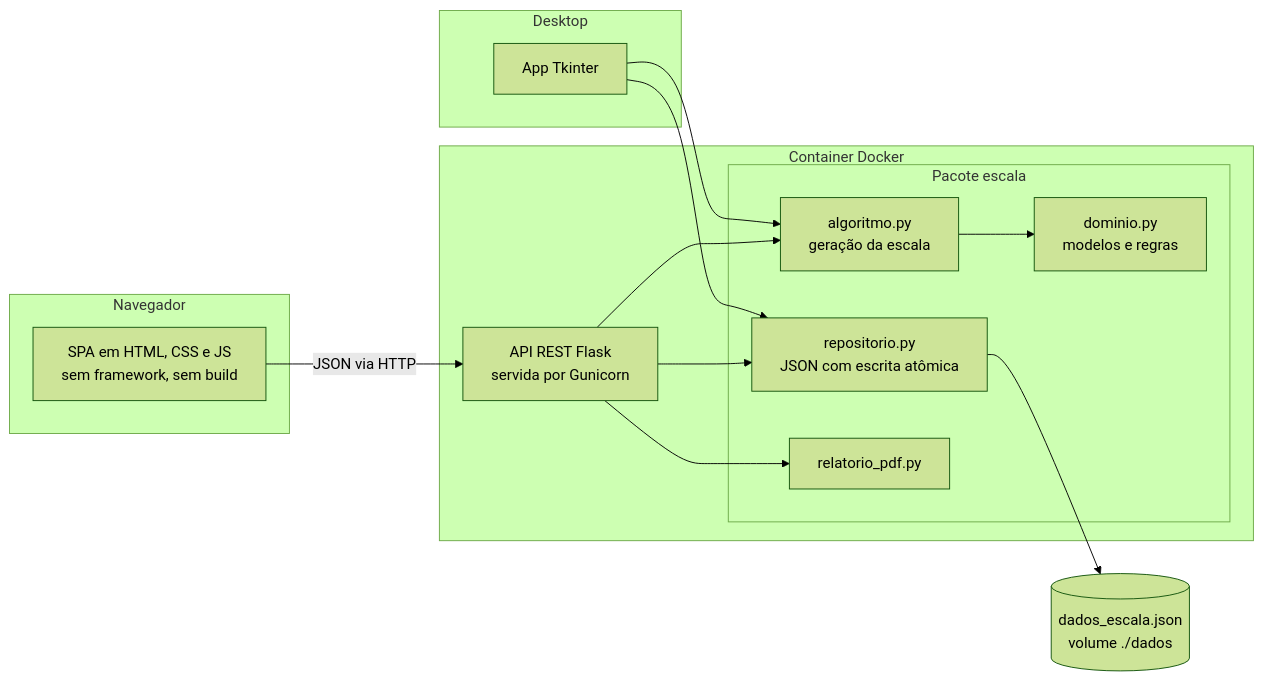
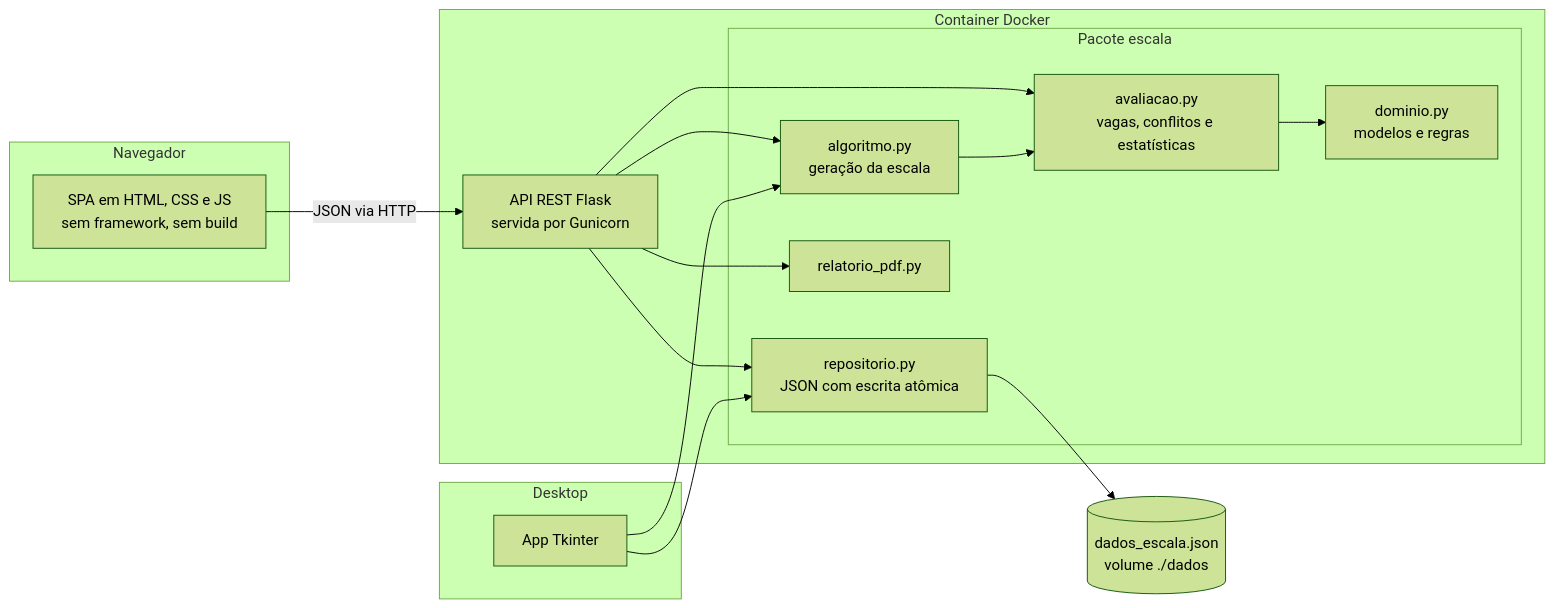
One commit to CarlosAlvesSantosJr/escalas-de-plantao changed the third of 3 diagrams in docs/PORTFOLIO.md. Above: the diagram before and after it, drawn with Mermaid (forest theme). The commit also changed other lines of this file and 6 other files, not shown here.

````diff
--- a/docs/PORTFOLIO.md
+++ b/docs/PORTFOLIO.md
@@ -112,27 +129,30 @@
 ```mermaid
 flowchart LR
     subgraph Navegador
         UI["SPA em HTML, CSS e JS<br/>sem framework, sem build"]
     end
     subgraph Desktop
         TK["App Tkinter"]
     end
     subgraph Docker["Container Docker"]
         API["API REST Flask<br/>servida por Gunicorn"]
         subgraph Nucleo["Pacote escala"]
             DOM["dominio.py<br/>modelos e regras"]
             ALG["algoritmo.py<br/>geração da escala"]
+            AVA["avaliacao.py<br/>vagas, conflitos e estatísticas"]
             REP["repositorio.py<br/>JSON com escrita atômica"]
             PDF["relatorio_pdf.py"]
         end
     end
     DB[("dados_escala.json<br/>volume ./dados")]
     UI -- "JSON via HTTP" --> API
     API --> ALG
+    API --> AVA
     API --> REP
     API --> PDF
     TK --> ALG
     TK --> REP
-    ALG --> DOM
+    ALG --> AVA
+    AVA --> DOM
     REP --> DB
 ```
````
